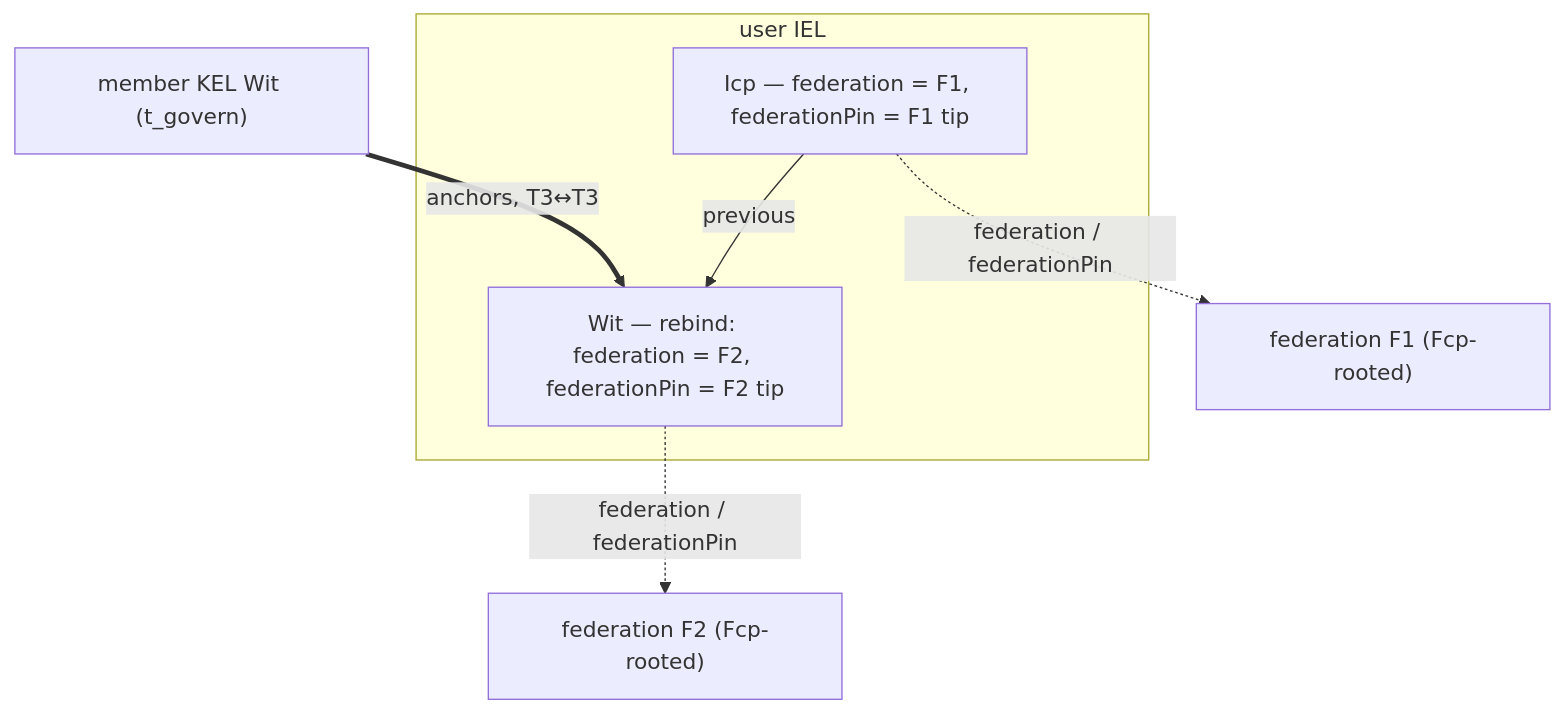
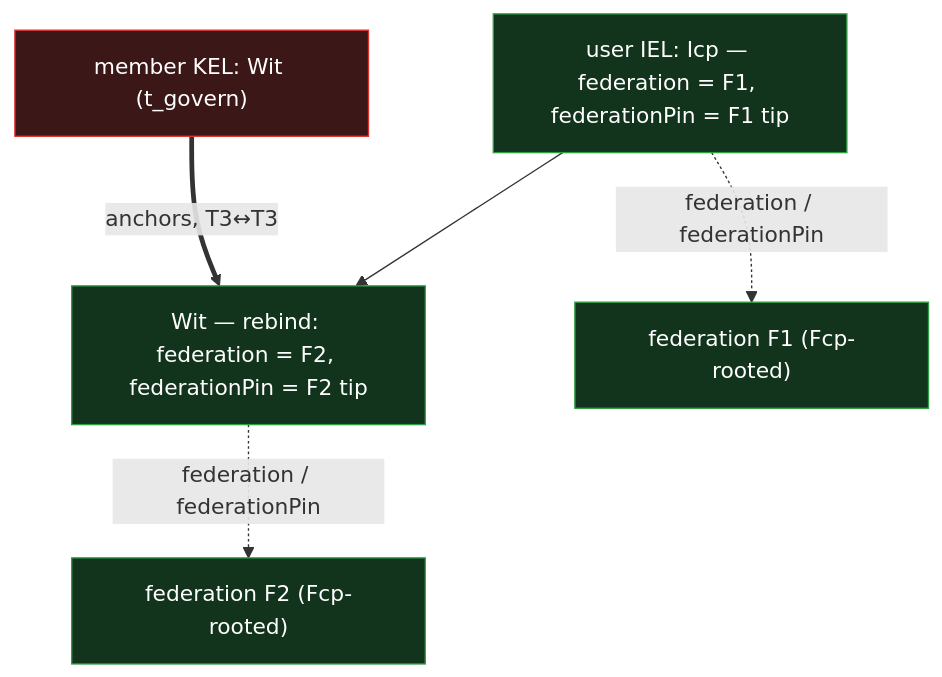
Before and after one commit to jasoncolburne/vdti: the second of 2 diagrams in docs/design/federation/bootstrap.md, drawn with Mermaid. The commit also changed other lines of this file and 13 other files, not shown here.

Commit message:
VDTI-10: Fix table, diagrams, other defects

````diff
--- a/docs/design/federation/bootstrap.md
+++ b/docs/design/federation/bootstrap.md
@@ -38,13 +38,12 @@
 ```mermaid
 flowchart TB
-  subgraph user["user IEL"]
-    uIcp["Icp — federation = F1, federationPin = F1 tip"]
-    uWit["Wit — rebind: federation = F2, federationPin = F2 tip"]
-    uIcp -->|previous| uWit
-  end
-  F1["federation F1 (Fcp-rooted)"]
-  F2["federation F2 (Fcp-rooted)"]
+  uIcp["user IEL: Icp — federation = F1, federationPin = F1 tip"]:::iel --> uWit["Wit — rebind: federation = F2, federationPin = F2 tip"]:::iel
+  kWit["member KEL: Wit (t_govern)"]:::kel
+  F1["federation F1 (Fcp-rooted)"]:::iel
+  F2["federation F2 (Fcp-rooted)"]:::iel
   uIcp -.->|federation / federationPin| F1
   uWit -.->|federation / federationPin| F2
-  kWit["member KEL Wit (t_govern)"] ==>|anchors, T3↔T3| uWit
+  kWit ==>|anchors, T3↔T3| uWit
+  classDef kel fill:#3b1717,stroke:#e03131,color:#fff
+  classDef iel fill:#12331c,stroke:#2f9e44,color:#fff
 ```
````
